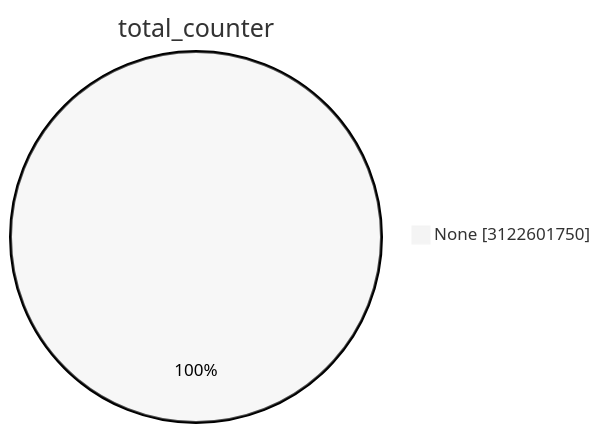
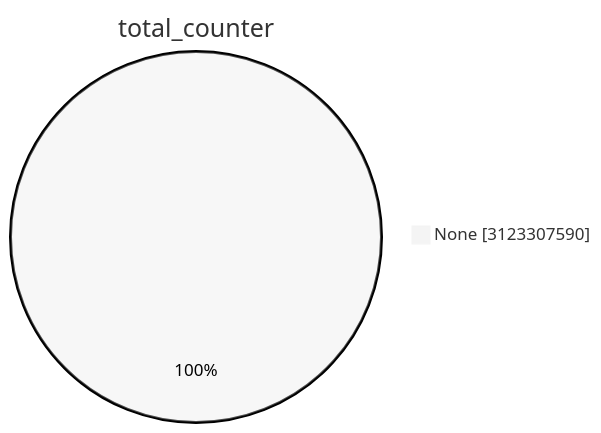
One commit to christiankrug/ctmonitor_visualization changed the first of 15 diagrams in TOTAL/README.md. Above: the diagram before and after it, drawn with Mermaid (neutral theme). The commit also changed other lines of this file, not shown here.

````diff
--- a/TOTAL/README.md
+++ b/TOTAL/README.md
@@ -1,5 +1,5 @@
 ```mermaid
 pie showData
 title total_counter
-"None" :3122601750
+"None" :3123307590
 ```
````
